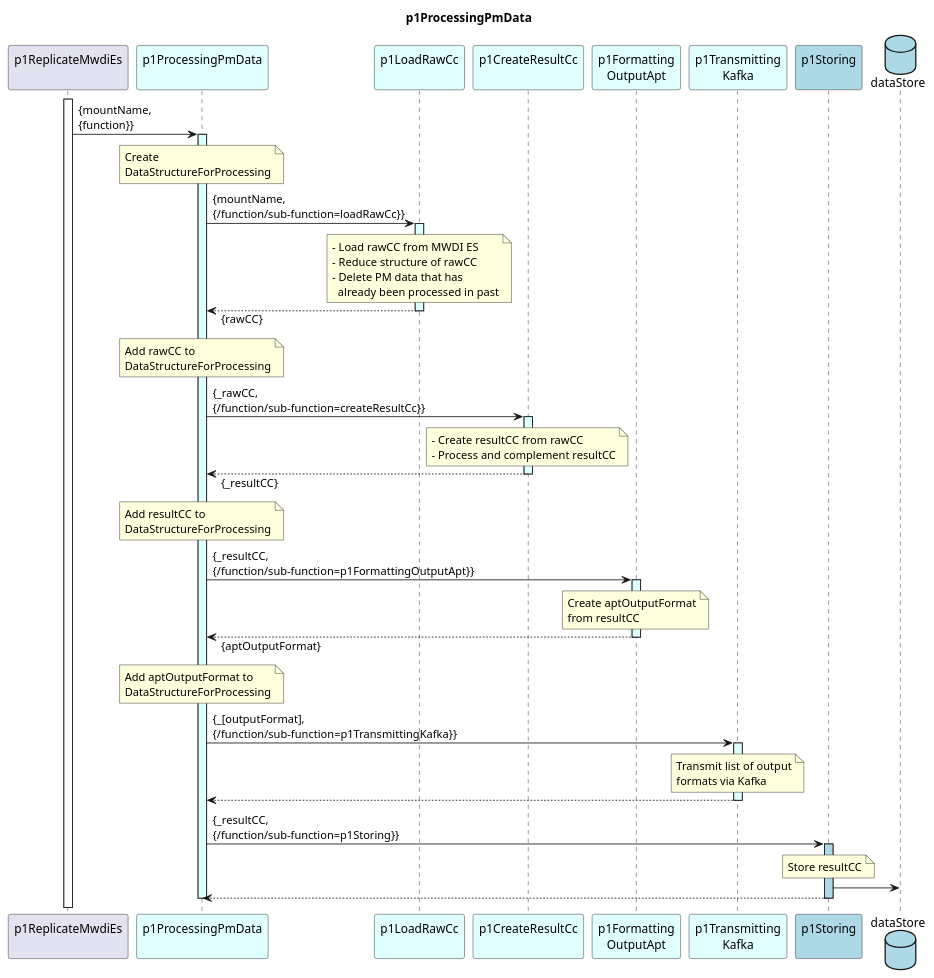
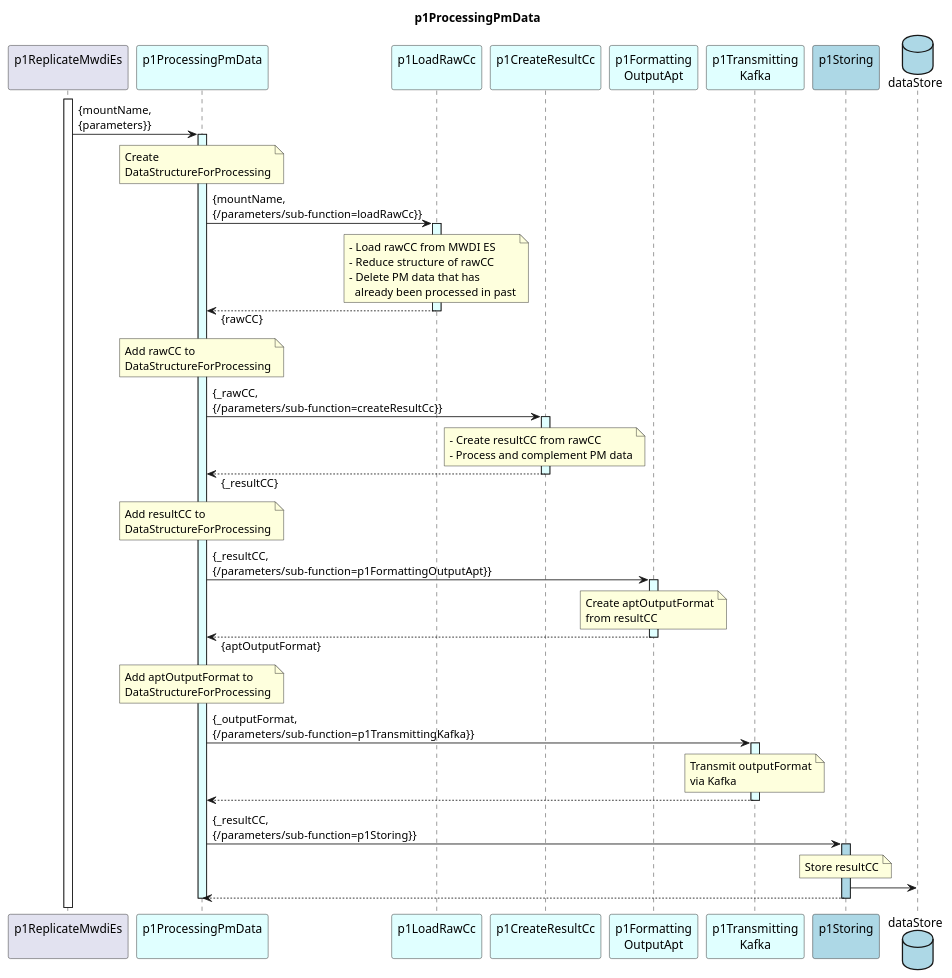
The diagram in spec/Functions/specificFunctions/p1ProcessingPmData/1.0.0/p1ProcessingPmData.plantuml (openBackhaul/DevicePerformanceManagementDataProcessor), drawn with PlantUML before and after one commit. The commit also changed 16 other files, not shown here.

Commit message:
Update interface and dsfp at p1ProcessingPmData

```diff
--- a/spec/Functions/specificFunctions/p1ProcessingPmData/1.0.0/p1ProcessingPmData.plantuml
+++ b/spec/Functions/specificFunctions/p1ProcessingPmData/1.0.0/p1ProcessingPmData.plantuml
@@ -1,103 +1,103 @@
-@startuml hl_sequence
+@startuml p1ProcessingPmData
 skinparam responseMessageBelowArrow true
 
 title
   p1ProcessingPmData
 end title
 
 participant "p1ReplicateMwdiEs\n" as requestor
 participant "p1ProcessingPmData\n" as p1ProOrch #LightCyan
 participant "p1LoadRawCc\n" as p1AddRaw #LightCyan
 participant "p1CreateResultCc\n" as p1CRC #LightCyan
 participant "p1Formatting\nOutputApt" as p1Output #LightCyan
 participant "p1Transmitting\nKafka" as p1Trans #LightCyan
 participant "p1Storing\n" as p1Store #LightBlue
 database "dataStore" as db #LightBlue
 
 
 activate requestor
 
-requestor -> p1ProOrch : {mountName,\n{function}}
+requestor -> p1ProOrch : {mountName,\n{parameters}}
 activate p1ProOrch #LightCyan
 
   note over p1ProOrch
     Create
     DataStructureForProcessing
   end note
 
-  p1ProOrch -> p1AddRaw : {mountName,\n{/function/sub-function=loadRawCc}}
+  p1ProOrch -> p1AddRaw : {mountName,\n{/parameters/sub-function=loadRawCc}}
   activate p1AddRaw #LightCyan
 
     note over p1AddRaw
       - Load rawCC from MWDI ES
       - Reduce structure of rawCC
       - Delete PM data that has
         already been processed in past
     end note
 
   p1ProOrch <-- p1AddRaw : {rawCC}
   deactivate p1AddRaw
 
   note over p1ProOrch
     Add rawCC to
     DataStructureForProcessing
   end note
 
-  p1ProOrch -> p1CRC : {_rawCC,\n{/function/sub-function=createResultCc}}
+  p1ProOrch -> p1CRC : {_rawCC,\n{/parameters/sub-function=createResultCc}}
   activate p1CRC #LightCyan
 
     note over p1CRC
       - Create resultCC from rawCC
-      - Process and complement resultCC
+      - Process and complement PM data
     end note
 
   p1ProOrch <-- p1CRC : {_resultCC}
   deactivate p1CRC
 
   note over p1ProOrch
     Add resultCC to
     DataStructureForProcessing
   end note
 
-  p1ProOrch -> p1Output : {_resultCC,\n{/function/sub-function=p1FormattingOutputApt}}
+  p1ProOrch -> p1Output : {_resultCC,\n{/parameters/sub-function=p1FormattingOutputApt}}
   activate p1Output #LightCyan
 
     note over p1Output
       Create aptOutputFormat
       from resultCC
     end note
 
   p1ProOrch <-- p1Output : {aptOutputFormat}
   deactivate p1Output
 
   note over p1ProOrch
     Add aptOutputFormat to
     DataStructureForProcessing
   end note
 
-  p1ProOrch -> p1Trans : {_[outputFormat],\n{/function/sub-function=p1TransmittingKafka}}
+  p1ProOrch -> p1Trans : {_outputFormat,\n{/parameters/sub-function=p1TransmittingKafka}}
   activate p1Trans #LightCyan
 
     note over p1Trans
-      Transmit list of output
-      formats via Kafka
+      Transmit outputFormat
+      via Kafka
     end note
 
   p1ProOrch <-- p1Trans
   deactivate p1Trans
 
-  p1ProOrch -> p1Store : {_resultCC,\n{/function/sub-function=p1Storing}}
+  p1ProOrch -> p1Store : {_resultCC,\n{/parameters/sub-function=p1Storing}}
   activate p1Store #LightBlue
 
     note over p1Store
       Store resultCC
     end note
 
     p1Store -> db
 
   p1ProOrch <-- p1Store
   deactivate p1Store
 
 deactivate p1ProOrch
 
 @enduml
```
